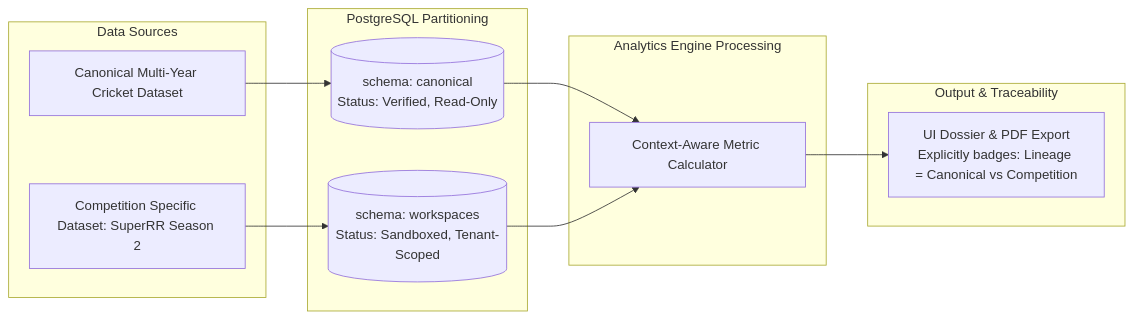
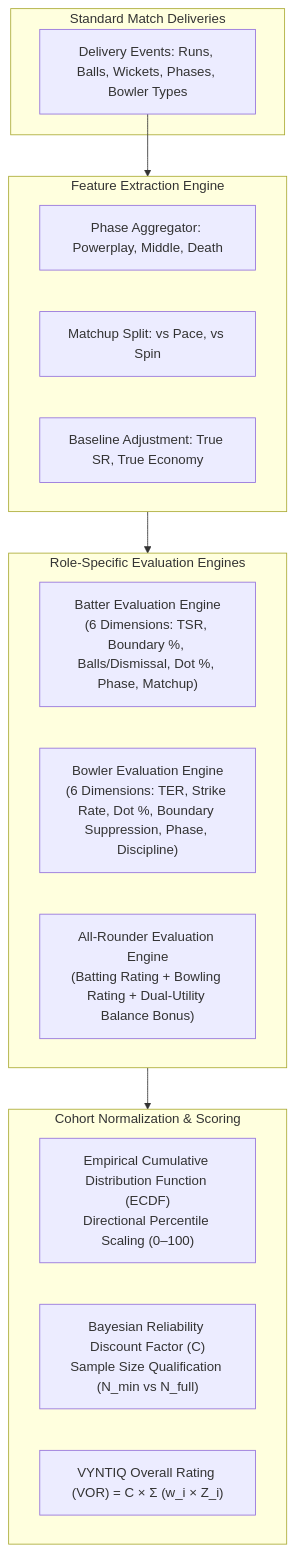
One commit to yaashrane/VYNTIQ-Sports-Intelligence changed the fourth of 4 diagrams in docs/SYSTEM_ARCHITECTURE.md. Above: the diagram before and after it, drawn with Mermaid. The commit also changed other lines of this file and 9 other files, not shown here.

Commit message:
docs: complete rigorous architecture review and competition MVP alignment

````diff
--- a/docs/SYSTEM_ARCHITECTURE.md
+++ b/docs/SYSTEM_ARCHITECTURE.md
@@ -176,26 +151,28 @@
 ```mermaid
-graph LR
-    subgraph DataSources ["Data Sources"]
-        H[Canonical Multi-Year Cricket Dataset]
-        C[Competition Specific Dataset: SuperRR Season 2]
+graph TD
+    subgraph Ingestion ["Standard Match Deliveries"]
+        RawEvents[Delivery Events: Runs, Balls, Wickets, Phases, Bowler Types]
     end
 
-    subgraph StoragePartition ["PostgreSQL Partitioning"]
-        DB_Can[(schema: canonical<br/>Status: Verified, Read-Only)]
-        DB_Ten[(schema: workspaces<br/>Status: Sandboxed, Tenant-Scoped)]
+    subgraph FeatureEngineering ["Feature Extraction Engine"]
+        PhaseSplit[Phase Aggregator: Powerplay, Middle, Death]
+        SplitMatrix[Matchup Split: vs Pace, vs Spin]
+        TrueMetrics[Baseline Adjustment: True SR, True Economy]
     end
 
-    subgraph AnalyticalEngine ["Analytics Engine Processing"]
-        Engine[Context-Aware Metric Calculator]
+    subgraph RoleEngines ["Role-Specific Evaluation Engines"]
+        BatEngine["Batter Evaluation Engine<br/>(6 Dimensions: TSR, Boundary %, Balls/Dismissal, Dot %, Phase, Matchup)"]
+        BowlEngine["Bowler Evaluation Engine<br/>(6 Dimensions: TER, Strike Rate, Dot %, Boundary Suppression, Phase, Discipline)"]
+        AllRoundEngine["All-Rounder Evaluation Engine<br/>(Batting Rating + Bowling Rating + Dual-Utility Balance Bonus)"]
     end
 
-    subgraph OutputView ["Output & Traceability"]
-        View[UI Dossier & PDF Export<br/>Explicitly badges: Lineage = Canonical vs Competition]
+    subgraph Normalization ["Cohort Normalization & Scoring"]
+        ECDF["Empirical Cumulative Distribution Function (ECDF)<br/>Directional Percentile Scaling (0–100)"]
+        Reliability["Bayesian Reliability Discount Factor (C)<br/>Sample Size Qualification (N_min vs N_full)"]
+        VOR["VYNTIQ Overall Rating (VOR) = C × Σ (w_i × Z_i)"]
     end
 
-    H --> DB_Can
-    C --> DB_Ten
-    DB_Can --> Engine
-    DB_Ten --> Engine
-    Engine --> View
+    RawEvents --> FeatureEngineering
+    FeatureEngineering --> RoleEngines
+    RoleEngines --> Normalization
 ```
````
